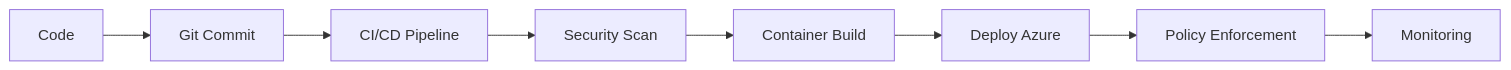
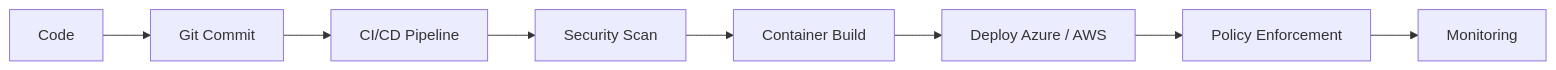
Before and after one commit to JesusAndres2512/JesusAndres2512: the diagram in README.md, drawn with Mermaid. The commit also changed other lines of this file, not shown here.

````diff
--- a/README.md
+++ b/README.md
@@ -111,20 +127,20 @@
 ```mermaid
 flowchart LR
 
 Code[Code]
 Commit[Git Commit]
 Pipeline[CI/CD Pipeline]
 Scan[Security Scan]
 Build[Container Build]
-Deploy[Deploy Azure]
+Deploy[Deploy Azure / AWS]
 PolicyCheck[Policy Enforcement]
 Monitor[Monitoring]
 
 Code --> Commit
 Commit --> Pipeline
 Pipeline --> Scan
 Scan --> Build
 Build --> Deploy
 Deploy --> PolicyCheck
 PolicyCheck --> Monitor
 ```
````
